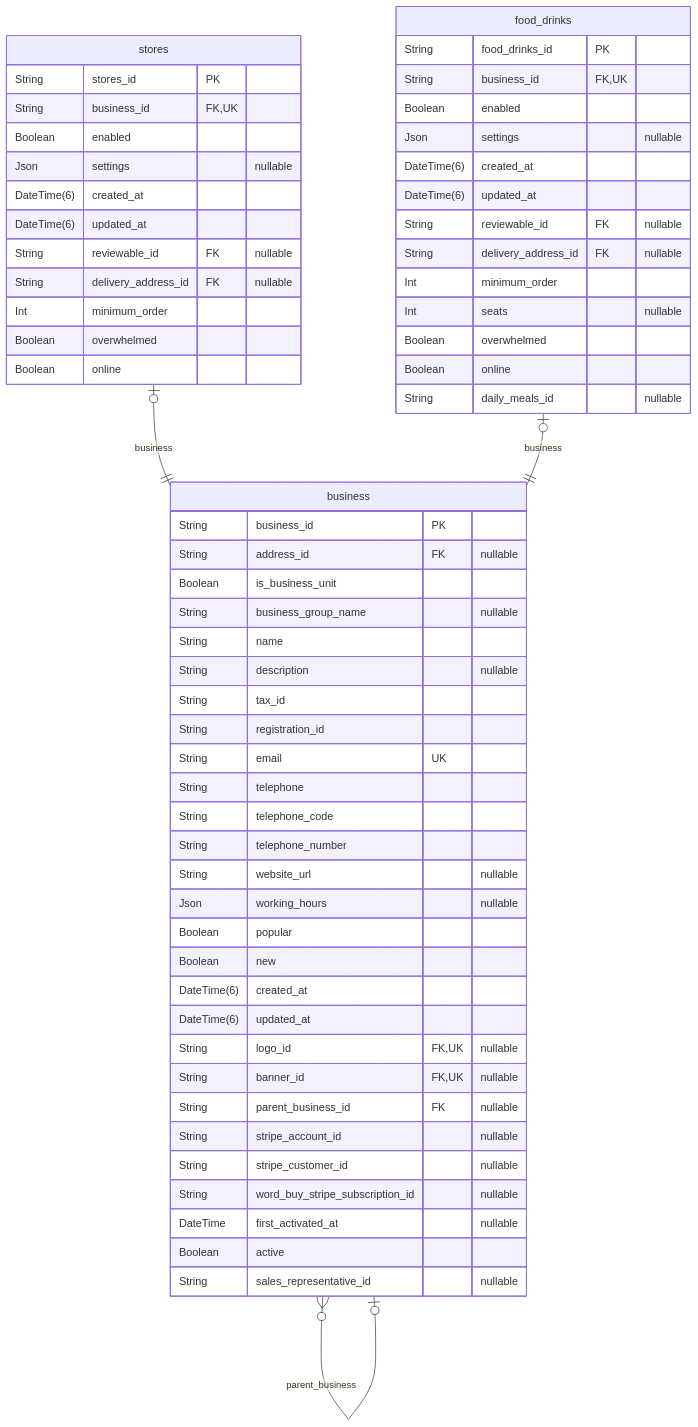
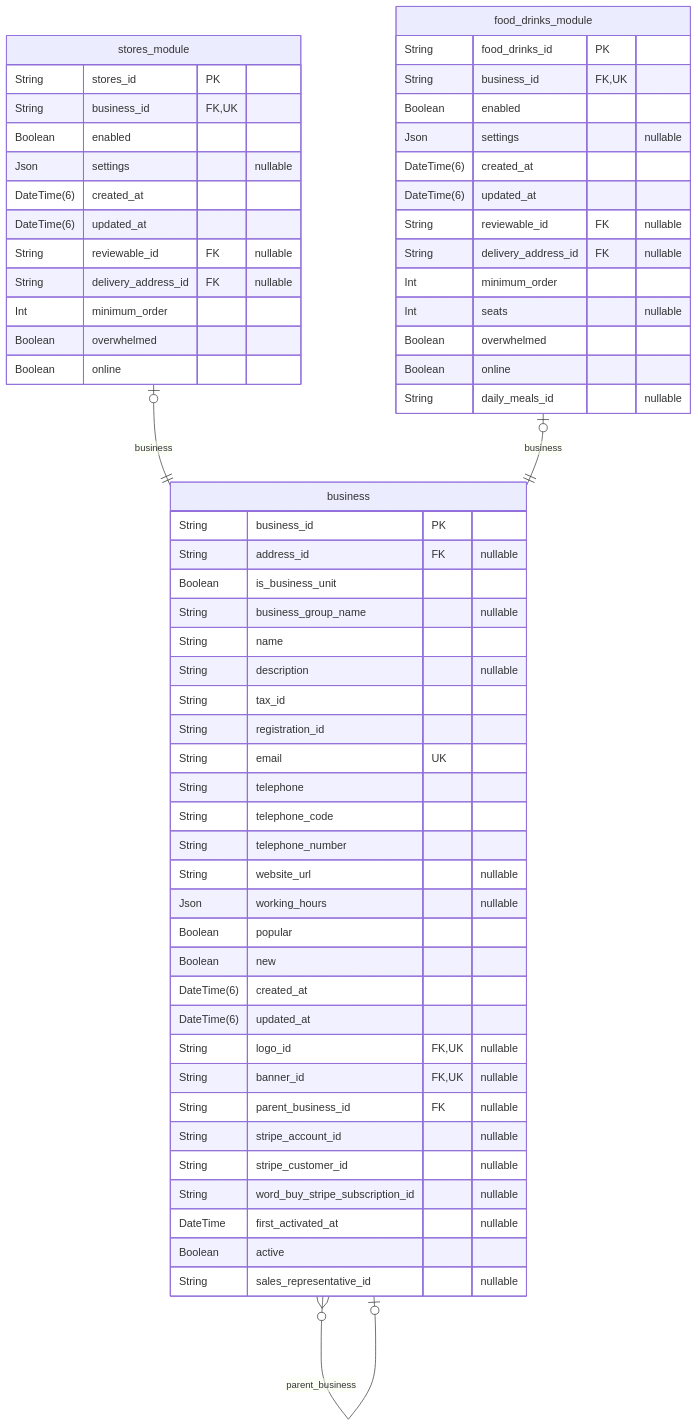
Before and after one commit to pbozic/be-analyisis: diagram 40 of 40 in prisma/schemas/ERD.md, drawn with Mermaid. The commit also changed other lines of this file and 2 other files, not shown here.

Commit message:
fix: renamed stores/food_drinks modules for clarity

````diff
--- a/prisma/schemas/ERD.md
+++ b/prisma/schemas/ERD.md
@@ -7777,63 +7777,63 @@
 ```mermaid
 erDiagram
 "business" {
   String business_id PK
   String address_id FK "nullable"
   Boolean is_business_unit
   String business_group_name "nullable"
   String name
   String description "nullable"
   String tax_id
   String registration_id
   String email UK
   String telephone
   String telephone_code
   String telephone_number
   String website_url "nullable"
   Json working_hours "nullable"
   Boolean popular
   Boolean new
   DateTime(6) created_at
   DateTime(6) updated_at
   String logo_id FK,UK "nullable"
   String banner_id FK,UK "nullable"
   String parent_business_id FK "nullable"
   String stripe_account_id "nullable"
   String stripe_customer_id "nullable"
   String word_buy_stripe_subscription_id "nullable"
   DateTime first_activated_at "nullable"
   Boolean active
   String sales_representative_id "nullable"
 }
-"stores" {
+"stores_module" {
   String stores_id PK
   String business_id FK,UK
   Boolean enabled
   Json settings "nullable"
   DateTime(6) created_at
   DateTime(6) updated_at
   String reviewable_id FK "nullable"
   String delivery_address_id FK "nullable"
   Int minimum_order
   Boolean overwhelmed
   Boolean online
 }
-"food_drinks" {
+"food_drinks_module" {
   String food_drinks_id PK
   String business_id FK,UK
   Boolean enabled
   Json settings "nullable"
   DateTime(6) created_at
   DateTime(6) updated_at
   String reviewable_id FK "nullable"
   String delivery_address_id FK "nullable"
   Int minimum_order
   Int seats "nullable"
   Boolean overwhelmed
   Boolean online
   String daily_meals_id "nullable"
 }
 "business" }o--o| "business" : parent_business
-"stores" |o--|| "business" : business
-"food_drinks" |o--|| "business" : business
+"stores_module" |o--|| "business" : business
+"food_drinks_module" |o--|| "business" : business
 ```
````
